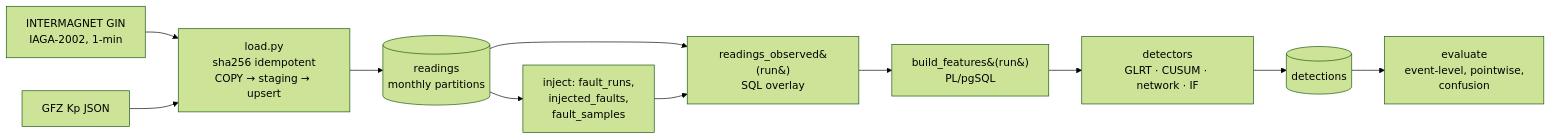
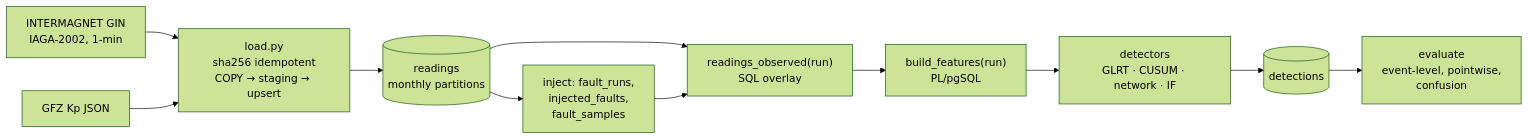
The diagram in README.md (Homeew/magfault), drawn with Mermaid (forest theme) before and after one commit.

Commit message:
Fix Mermaid parse error in README architecture diagram
Quote the node labels containing parentheses instead of using HTML
entities, which GitHub decodes before Mermaid parses the label.

Claude-Session: https://claude.ai/code/session_01QRdS9HJGQE2Gvf5VnuE7eb

````diff
--- a/README.md
+++ b/README.md
@@ -90,13 +90,13 @@
 ```mermaid
 flowchart LR
     A[INTERMAGNET GIN<br/>IAGA-2002, 1-min] --> L[load.py<br/>sha256 idempotent<br/>COPY → staging → upsert]
     K[GFZ Kp JSON] --> L
     L --> R[(readings<br/>monthly partitions)]
     R --> I[inject: fault_runs,<br/>injected_faults,<br/>fault_samples]
-    R --> O[readings_observed&#40;run&#41;<br/>SQL overlay]
+    R --> O["readings_observed(run)<br/>SQL overlay"]
     I --> O
-    O --> F[build_features&#40;run&#41;<br/>PL/pgSQL]
+    O --> F["build_features(run)<br/>PL/pgSQL"]
     F --> D[detectors<br/>GLRT · CUSUM · network · IF]
     D --> T[(detections)]
     T --> E[evaluate<br/>event-level, pointwise,<br/>confusion]
 ```
````
